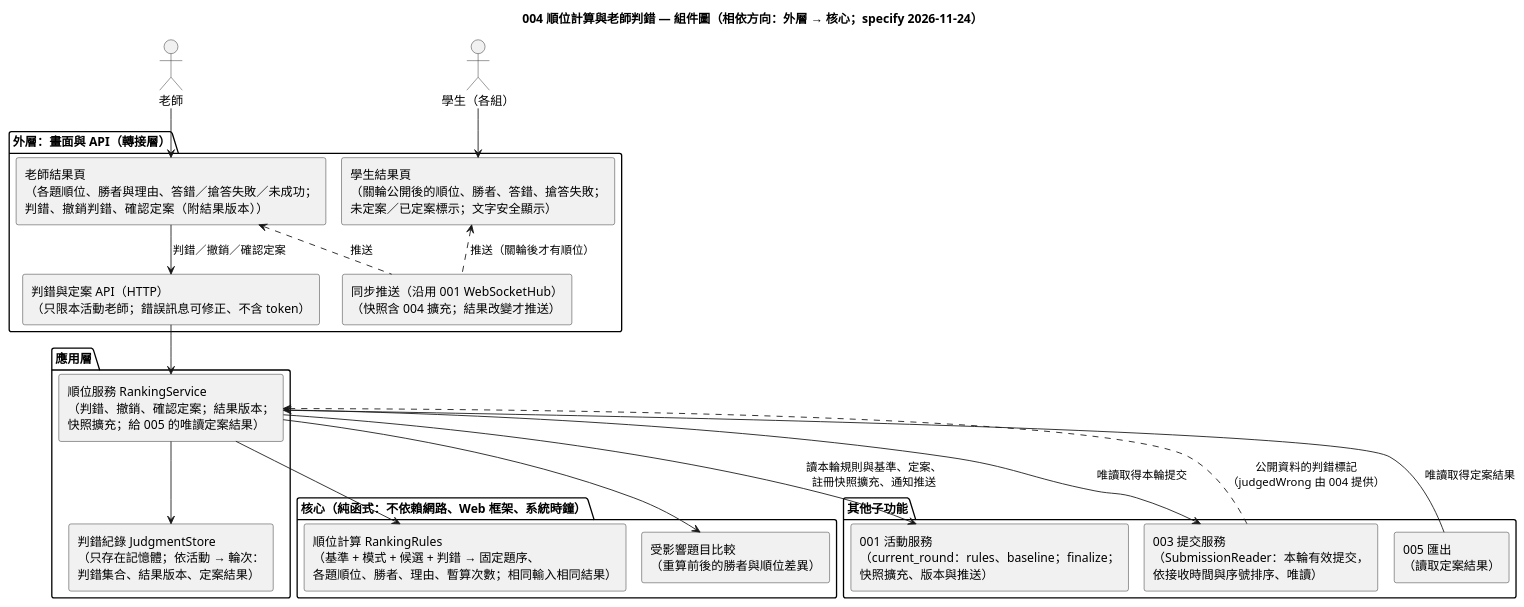
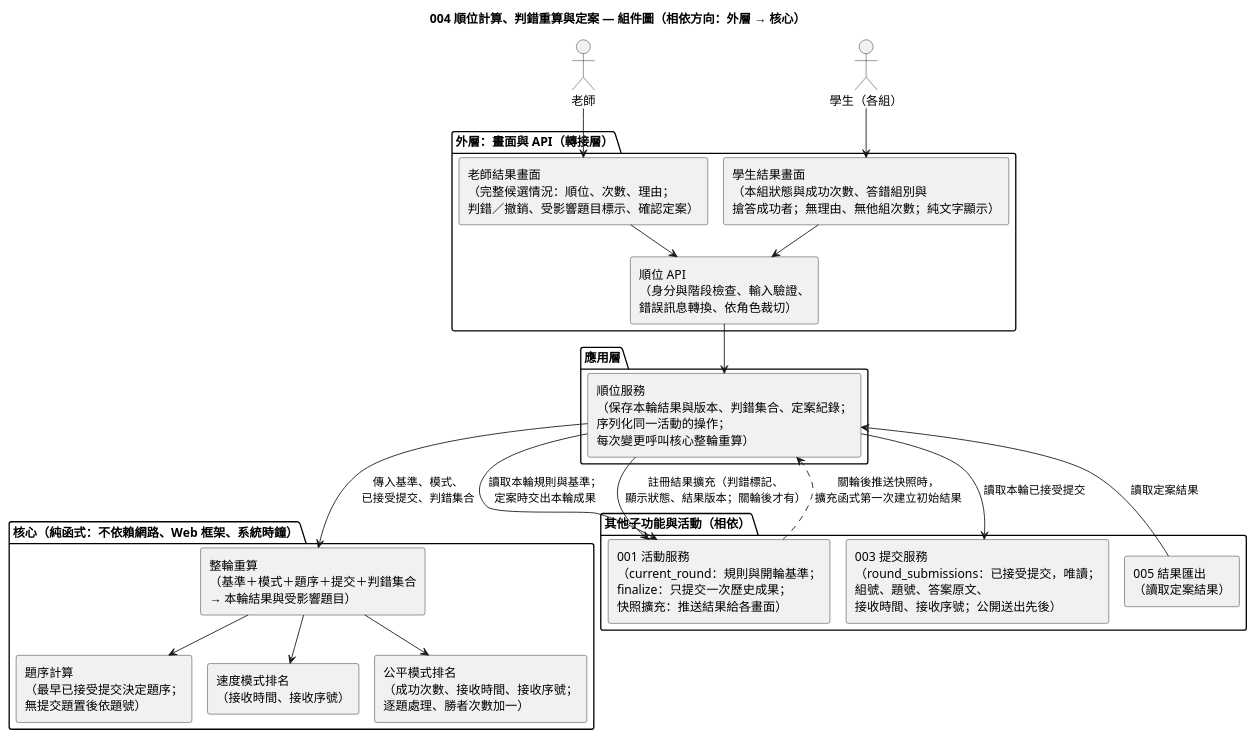
The diagram in diagrams/004-ranking-review-component.puml (EricC430/lecture-answer-first_group16_speckit), drawn with PlantUML before and after one commit. The commit also changed 15 other files, not shown here.

```diff
--- a/diagrams/004-ranking-review-component.puml
+++ b/diagrams/004-ranking-review-component.puml
@@ -1,46 +1,47 @@
 @startuml 004-ranking-review-component
 !pragma layout smetana
 skinparam defaultFontName "Microsoft JhengHei"
 skinparam componentStyle rectangle
-title 004 順位計算與老師判錯 — 組件圖（相依方向：外層 → 核心；specify 2026-11-24）
+title 004 順位計算、判錯重算與定案 — 組件圖（相依方向：外層 → 核心）
 
 actor "老師" as Teacher
 actor "學生（各組）" as Student
 
 package "外層：畫面與 API（轉接層）" {
-  [老師結果頁\n（各題順位、勝者與理由、答錯／搶答失敗／未成功；\n判錯、撤銷判錯、確認定案（附結果版本））] as TeacherUI
-  [學生結果頁\n（關輪公開後的順位、勝者、答錯、搶答失敗；\n未定案／已定案標示；文字安全顯示）] as StudentUI
-  [判錯與定案 API（HTTP）\n（只限本活動老師；錯誤訊息可修正、不含 token）] as Api
-  [同步推送（沿用 001 WebSocketHub）\n（快照含 004 擴充；結果改變才推送）] as Sync
+  [老師結果畫面\n（完整候選情況：順位、次數、理由；\n判錯／撤銷、受影響題目標示、確認定案）] as TeacherUI
+  [學生結果畫面\n（本組狀態與成功次數、答錯組別與\n搶答成功者；無理由、無他組次數；純文字顯示）] as StudentUI
+  [順位 API\n（身分與階段檢查、輸入驗證、\n錯誤訊息轉換、依角色裁切）] as Api
 }
 
 package "應用層" {
-  [順位服務 RankingService\n（判錯、撤銷、確認定案；結果版本；\n快照擴充；給 005 的唯讀定案結果）] as Service
-  [判錯紀錄 JudgmentStore\n（只存在記憶體；依活動 → 輪次：\n判錯集合、結果版本、定案結果）] as Store
+  [順位服務\n（保存本輪結果與版本、判錯集合、定案紀錄；\n序列化同一活動的操作；\n每次變更呼叫核心整輪重算）] as Service
 }
 
 package "核心（純函式：不依賴網路、Web 框架、系統時鐘）" {
-  [順位計算 RankingRules\n（基準 + 模式 + 候選 + 判錯 → 固定題序、\n各題順位、勝者、理由、暫算次數；相同輸入相同結果）] as Rules
-  [受影響題目比較\n（重算前後的勝者與順位差異）] as Affected
+  [題序計算\n（最早已接受提交決定題序；\n無提交題置後依題號）] as Order
+  [速度模式排名\n（接收時間、接收序號）] as Speed
+  [公平模式排名\n（成功次數、接收時間、接收序號；\n逐題處理、勝者次數加一）] as Fair
+  [整輪重算\n（基準＋模式＋題序＋提交＋判錯集合\n→ 本輪結果與受影響題目）] as Recompute
 }
 
-package "其他子功能" {
-  [001 活動服務\n（current_round：rules、baseline；finalize；\n快照擴充、版本與推送）] as Activity
-  [003 提交服務\n（SubmissionReader：本輪有效提交，\n依接收時間與序號排序、唯讀）] as Submission
-  [005 匯出\n（讀取定案結果）] as Export
+package "其他子功能與活動（相依）" {
+  [001 活動服務\n（current_round：規則與開輪基準；\nfinalize：只提交一次歷史成果；\n快照擴充：推送結果給各畫面）] as Activity
+  [003 提交服務\n（round_submissions：已接受提交，唯讀；\n組號、題號、答案原文、\n接收時間、接收序號；公開送出先後）] as Submit
+  [005 結果匯出\n（讀取定案結果）] as Export
 }
 
 Teacher --> TeacherUI
 Student --> StudentUI
-TeacherUI --> Api : 判錯／撤銷／確認定案
-TeacherUI <.. Sync : 推送
-StudentUI <.. Sync : 推送（關輪後才有順位）
+TeacherUI --> Api
+StudentUI --> Api
 Api --> Service
-Service --> Store
-Service --> Rules
-Service --> Affected
-Service --> Activity : 讀本輪規則與基準、定案、\n註冊快照擴充、通知推送
-Service --> Submission : 唯讀取得本輪提交
-Export --> Service : 唯讀取得定案結果
-Submission ..> Service : 公開資料的判錯標記\n（judgedWrong 由 004 提供）
+Service --> Recompute : 傳入基準、模式、\n已接受提交、判錯集合
+Recompute --> Order
+Recompute --> Speed
+Recompute --> Fair
+Service --> Activity : 讀取本輪規則與基準；\n定案時交出本輪成果
+Service --> Submit : 讀取本輪已接受提交
+Service --> Activity : 註冊結果擴充（判錯標記、\n顯示狀態、結果版本；關輪後才有）
+Activity ..> Service : 關輪後推送快照時，\n擴充函式第一次建立初始結果
+Export --> Service : 讀取定案結果
 @enduml
```
